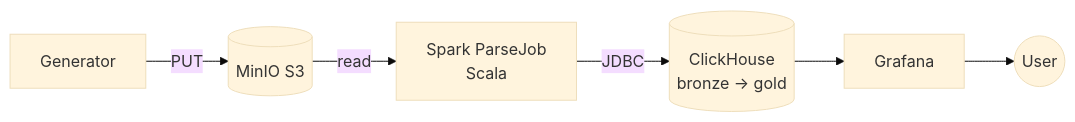
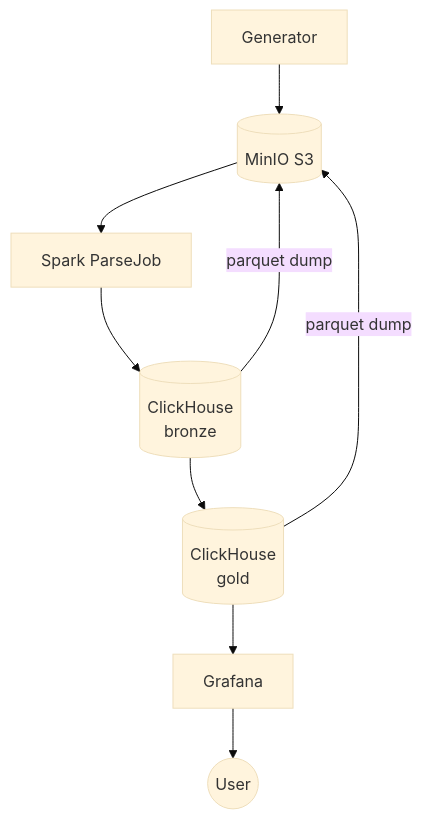
Before and after one commit to PixelQuasar/hse-pipelines-course: the diagram in final/README.md, drawn with Mermaid (base theme). The commit also changed other lines of this file and 7 other files, not shown here.

````diff
--- a/final/README.md
+++ b/final/README.md
@@ -1,8 +3,11 @@
 ```mermaid
-flowchart LR
-    GEN[Generator] -->|PUT| S3[(MinIO S3)]
-    S3 -->|read| SPARK[Spark ParseJob<br/>Scala]
-    SPARK -->|JDBC| CH[(ClickHouse<br/>bronze → gold)]
-    CH --> GRAF[Grafana]
+flowchart TD
+    GEN[Generator] --> S3[(MinIO S3)]
+    S3 --> SPARK[Spark ParseJob]
+    SPARK --> CH[(ClickHouse<br/>bronze)]
+    CH --> CH2[(ClickHouse<br/>gold)]
+    CH2 --> GRAF[Grafana]
     GRAF --> USER((User))
+    CH -->|parquet dump| S3
+    CH2 -->|parquet dump| S3
 ```
````
